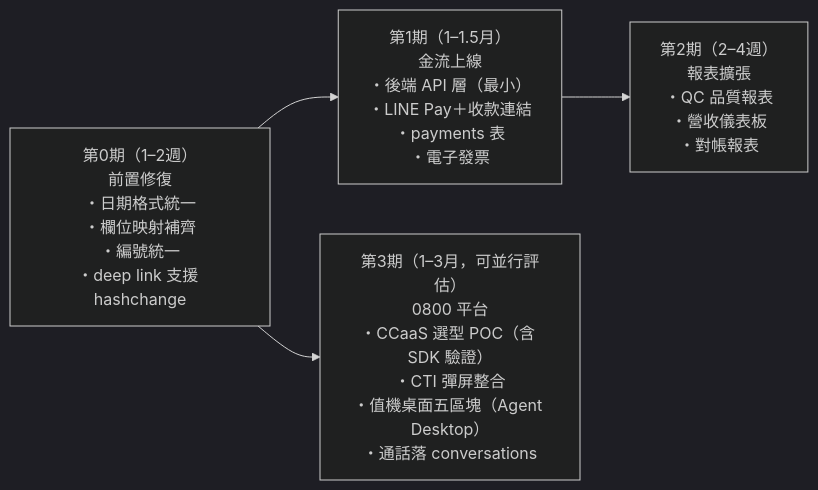
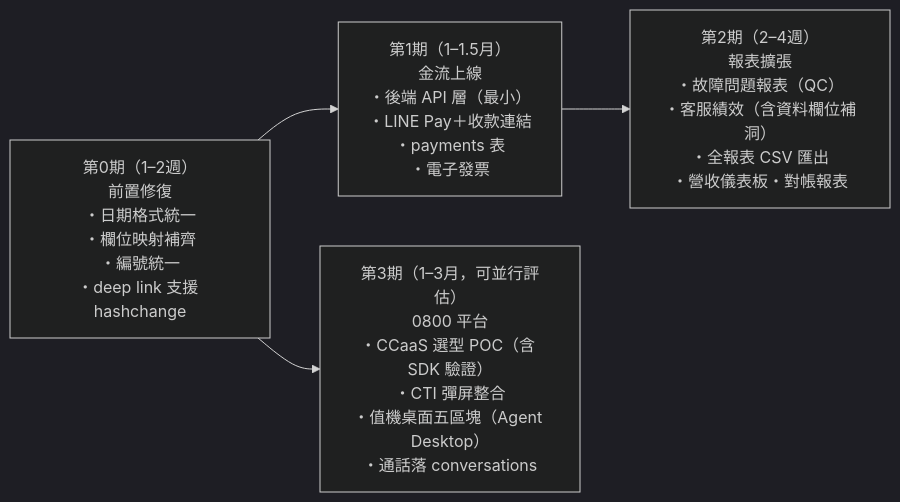
Before and after one commit to fishchen0707-source/waferlockCRM: the fifth of 5 diagrams in docs/計畫書2_擴張藍圖_金流報表0800.md, drawn with Mermaid (dark theme). The commit also changed other lines of this file and 2 other files, not shown here.

First line of the commit message:
計畫書2 §3 報表：新增品質與派工報表頁 + 客服績效/匯出規格

````diff
--- a/docs/計畫書2_擴張藍圖_金流報表0800.md
+++ b/docs/計畫書2_擴張藍圖_金流報表0800.md
@@ -264,10 +313,10 @@
 ```mermaid
 flowchart LR
     P0["第0期（1–2週）<br/>前置修復<br/>・日期格式統一<br/>・欄位映射補齊<br/>・編號統一<br/>・deep link 支援 hashchange"]
     P1["第1期（1–1.5月）<br/>金流上線<br/>・後端 API 層（最小）<br/>・LINE Pay＋收款連結<br/>・payments 表<br/>・電子發票"]
-    P2["第2期（2–4週）<br/>報表擴張<br/>・QC 品質報表<br/>・營收儀表板<br/>・對帳報表"]
+    P2["第2期（2–4週）<br/>報表擴張<br/>・故障問題報表（QC）<br/>・客服績效（含資料欄位補洞）<br/>・全報表 CSV 匯出<br/>・營收儀表板・對帳報表"]
     P3["第3期（1–3月，可並行評估）<br/>0800 平台<br/>・CCaaS 選型 POC（含 SDK 驗證）<br/>・CTI 彈屏整合<br/>・值機桌面五區塊（Agent Desktop）<br/>・通話落 conversations"]
 
     P0 --> P1 --> P2
     P0 --> P3
 ```
````
